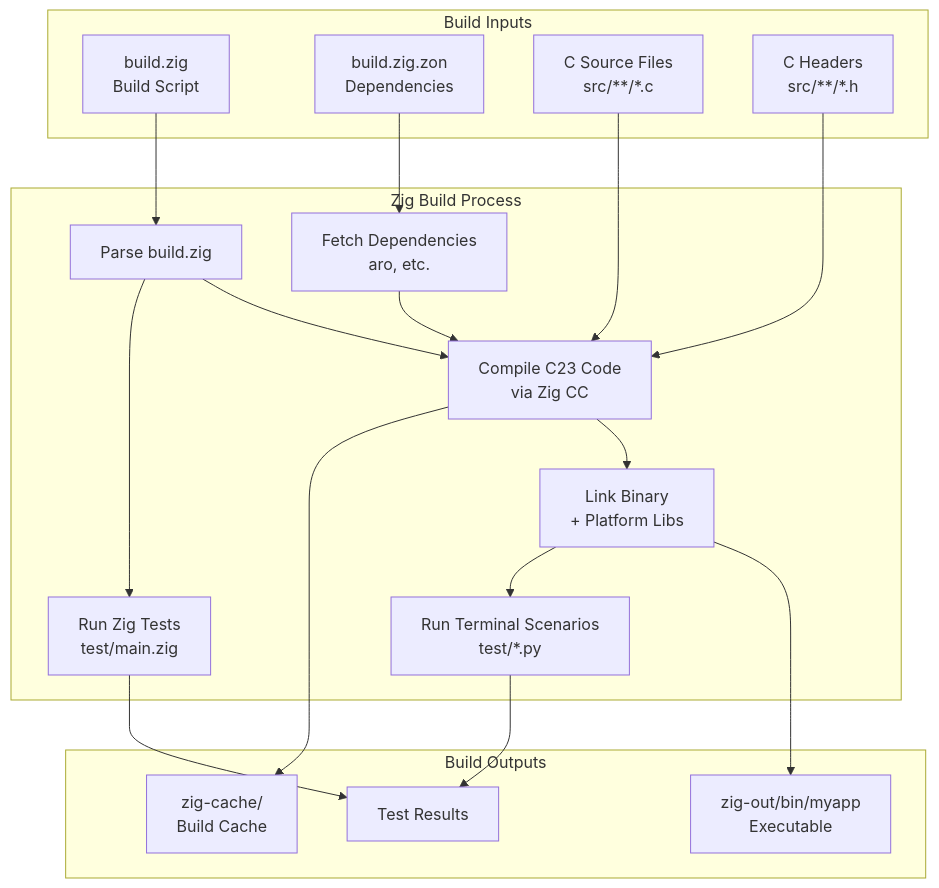
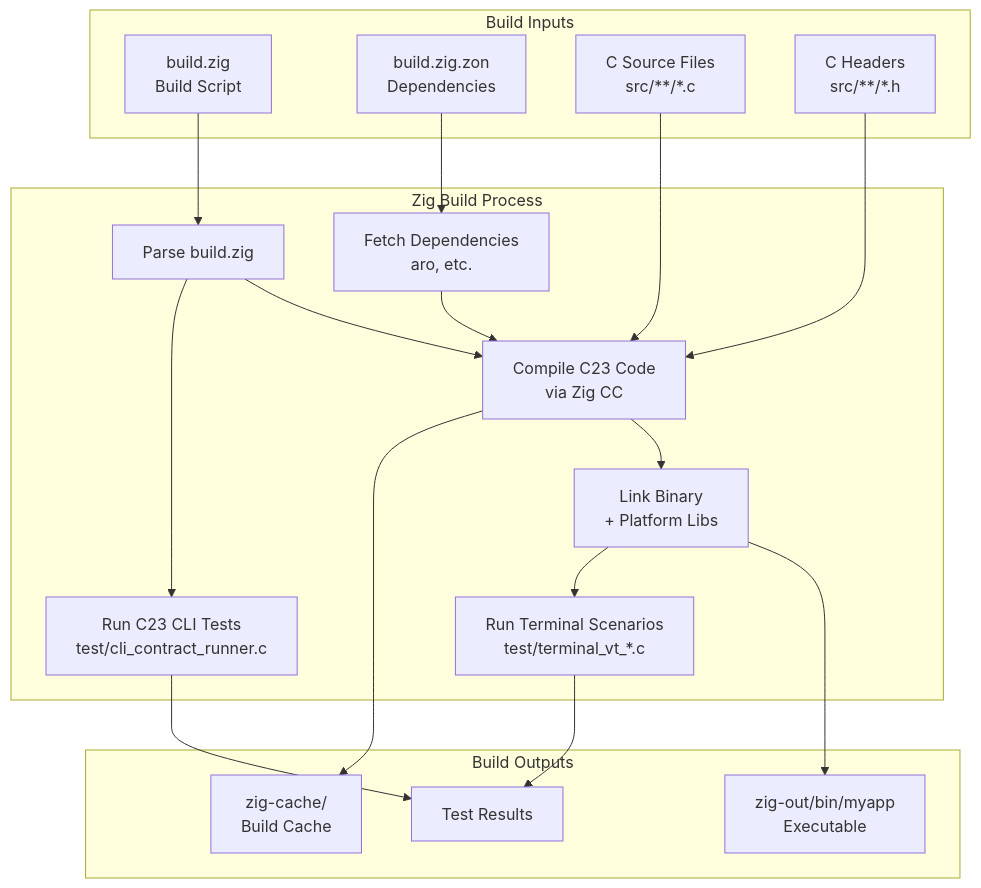
The third of 7 diagrams in docs/ARCHITECTURE.md (sammyjoyce/c23-cli-template), drawn with Mermaid before and after one commit. The commit also changed other lines of this file and 19 other files, not shown here.

Commit message:
test: keep CLI contracts in C23

````diff
--- a/docs/ARCHITECTURE.md
+++ b/docs/ARCHITECTURE.md
@@ -111,38 +111,38 @@
 ```mermaid
 graph TD
     subgraph "Build Inputs"
         BUILDZIG[build.zig<br/>Build Script]
         BUILDZON[build.zig.zon<br/>Dependencies]
         CSRC[C Source Files<br/>src/**/*.c]
         CHDR[C Headers<br/>src/**/*.h]
     end
 
     subgraph "Zig Build Process"
         PARSE[Parse build.zig]
         DEPS[Fetch Dependencies<br/>aro, etc.]
         COMPILE[Compile C23 Code<br/>via Zig CC]
         LINK[Link Binary<br/>+ Platform Libs]
-        TEST[Run Zig Tests<br/>test/main.zig]
-        TERMTEST[Run Terminal Scenarios<br/>test/*.py]
+        TEST[Run C23 CLI Tests<br/>test/cli_contract_runner.c]
+        TERMTEST[Run Terminal Scenarios<br/>test/terminal_vt_*.c]
     end
 
     subgraph "Build Outputs"
         BIN[zig-out/bin/myapp<br/>Executable]
         TESTOUT[Test Results]
         CACHE[zig-cache/<br/>Build Cache]
     end
 
     BUILDZIG --> PARSE
     BUILDZON --> DEPS
     CSRC --> COMPILE
     CHDR --> COMPILE
     PARSE --> COMPILE
     DEPS --> COMPILE
     COMPILE --> LINK
     LINK --> BIN
     PARSE --> TEST
     LINK --> TERMTEST
     TEST --> TESTOUT
     TERMTEST --> TESTOUT
     COMPILE --> CACHE
 ```
````
